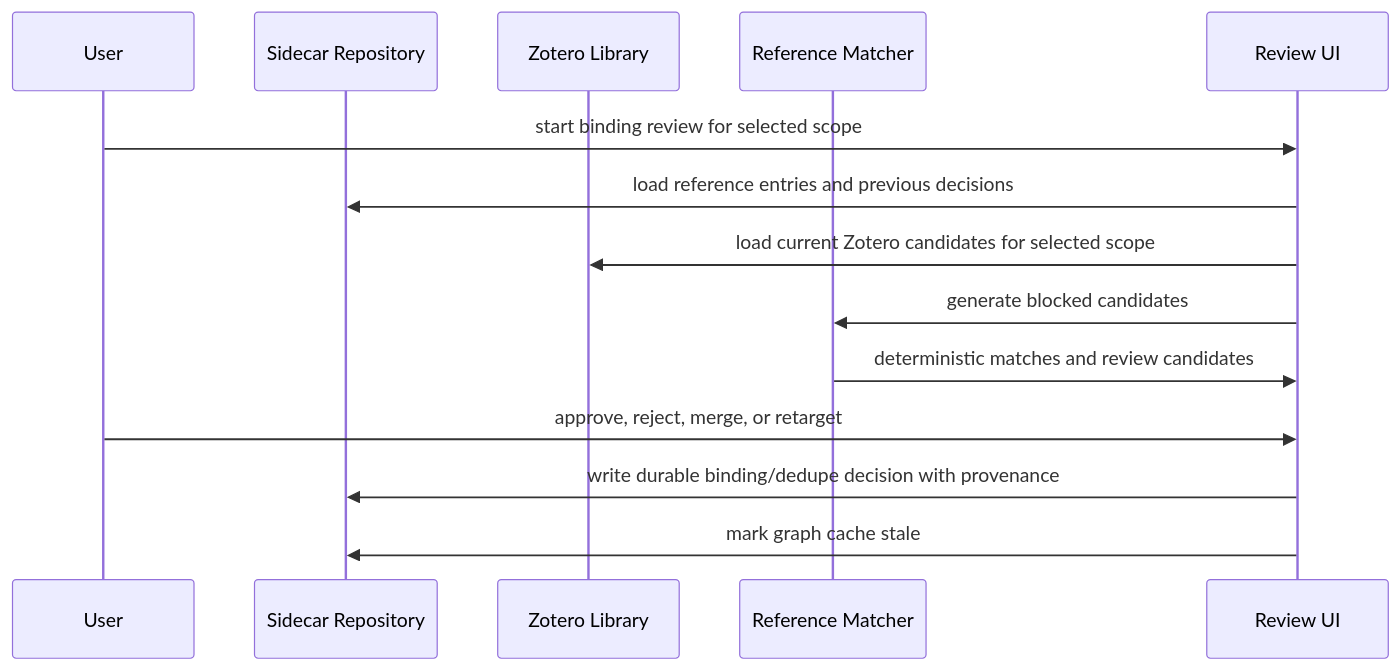
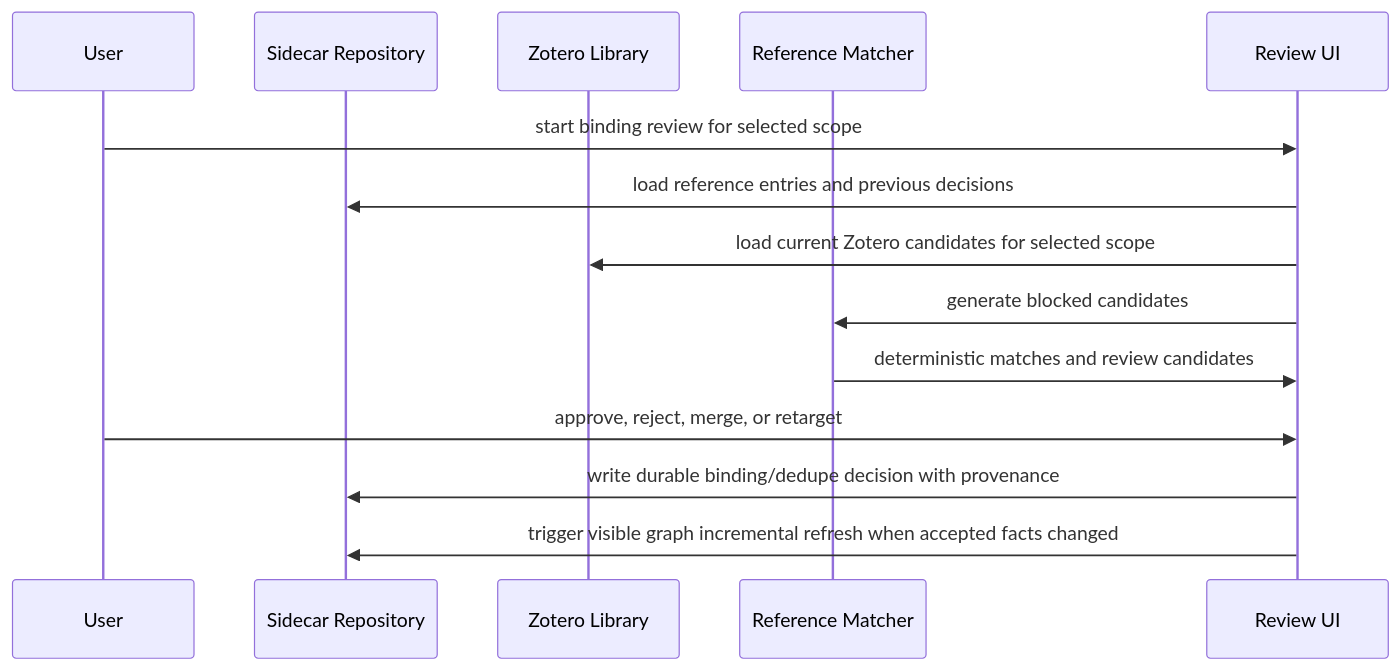
The fourth of 8 diagrams in doc/synthesis-layer/sequences.md (leike0813/zotero-agents), drawn with Mermaid before and after one commit. The commit also changed other lines of this file and 295 other files, not shown here.

````diff
--- a/doc/synthesis-layer/sequences.md
+++ b/doc/synthesis-layer/sequences.md
@@ -111,17 +111,17 @@
 ```mermaid
 sequenceDiagram
   participant U as User
   participant S as Sidecar Repository
   participant Z as Zotero Library
   participant R as Reference Matcher
   participant UI as Review UI
 
   U->>UI: start binding review for selected scope
   UI->>S: load reference entries and previous decisions
   UI->>Z: load current Zotero candidates for selected scope
   UI->>R: generate blocked candidates
   R->>UI: deterministic matches and review candidates
   U->>UI: approve, reject, merge, or retarget
   UI->>S: write durable binding/dedupe decision with provenance
-  UI->>S: mark graph cache stale
+  UI->>S: trigger visible graph incremental refresh when accepted facts changed
 ```
````
